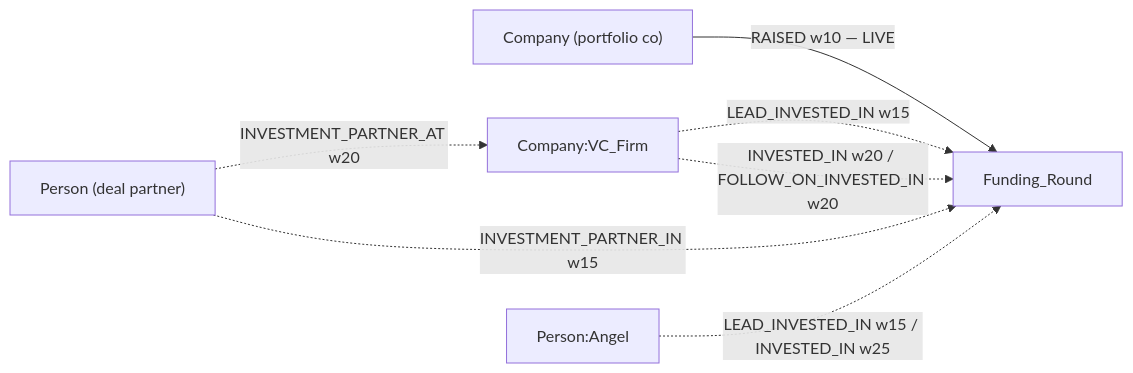
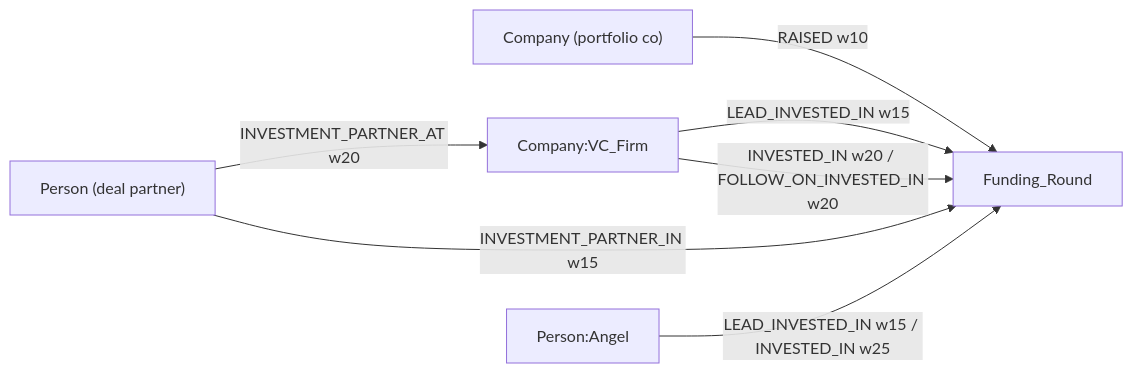
The diagram in guides/enrichment/waterfall/company-edges.mdx (M-Pederson/docs), drawn with Mermaid before and after one commit. The commit also changed other lines of this file and 8 other files, not shown here.

````diff
--- a/guides/enrichment/waterfall/company-edges.mdx
+++ b/guides/enrichment/waterfall/company-edges.mdx
@@ -53,9 +53,9 @@
 ```mermaid
 graph LR
-  PC["Company (portfolio co)"] -- "RAISED w10 — LIVE" --> FR["Funding_Round"]
-  VC["Company:VC_Firm"] -. "LEAD_INVESTED_IN w15" .-> FR
-  VC -. "INVESTED_IN w20 / FOLLOW_ON_INVESTED_IN w20" .-> FR
-  P["Person (deal partner)"] -. "INVESTMENT_PARTNER_IN w15" .-> FR
-  P -. "INVESTMENT_PARTNER_AT w20" .-> VC
-  A["Person:Angel"] -. "LEAD_INVESTED_IN w15 / INVESTED_IN w25" .-> FR
+  PC["Company (portfolio co)"] -- "RAISED w10" --> FR["Funding_Round"]
+  VC["Company:VC_Firm"] -- "LEAD_INVESTED_IN w15" --> FR
+  VC -- "INVESTED_IN w20 / FOLLOW_ON_INVESTED_IN w20" --> FR
+  P["Person (deal partner)"] -- "INVESTMENT_PARTNER_IN w15" --> FR
+  P -- "INVESTMENT_PARTNER_AT w20" --> VC
+  A["Person:Angel"] -- "LEAD_INVESTED_IN w15 / INVESTED_IN w25" --> FR
 ```
````
